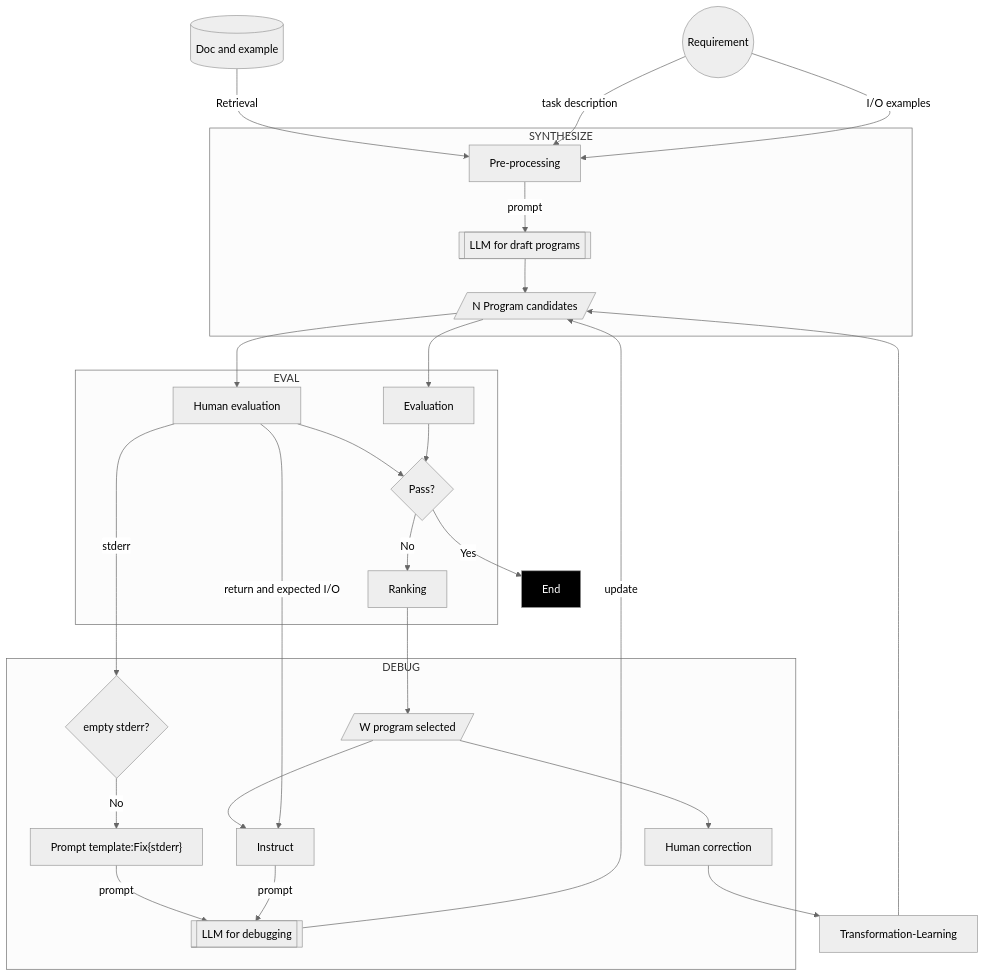
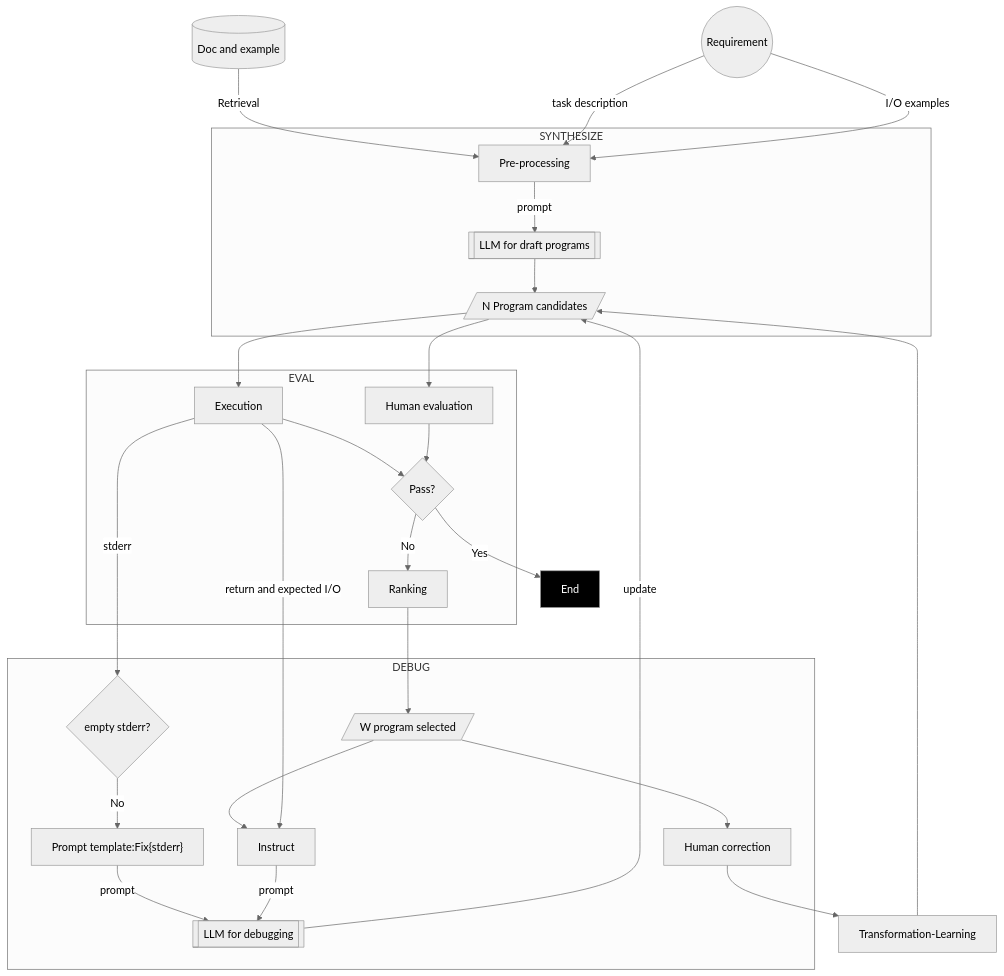
The second of 2 diagrams in Code-Generation.md (AI-LLM/ai-llm.github.io), drawn with Mermaid (neutral theme) before and after one commit.

````diff
--- a/Code-Generation.md
+++ b/Code-Generation.md
@@ -59,32 +59,32 @@
 ```mermaid
 graph TD;
 classDef INV fill:black,color:white;
 doc[(Doc and example)] -- Retrieval --> Pre-processing
 S((Requirement)) -- task description --> Pre-processing
 S -- I/O examples --> Pre-processing
 subgraph SYNTHESIZE
 Pre-processing -- prompt --> LLMsynth[[LLM for draft programs]]
 LLMsynth --> PN[/N Program candidates/]
 end
-PN --> Execution[Human evaluation]
-PN --> Evaluation
+PN --> Execution
+PN --> Evaluation[Human evaluation]
 subgraph EVAL
 Execution --> Suc{Pass?} -- No -->Ranking
 Evaluation --> Suc
 end
 Suc -- Yes --> End
 class End INV;
 Ranking --> PS[/W program selected/]
 subgraph DEBUG
 Execution -- stderr --> err{empty stderr?}
 err -- No --> PT1["Prompt template:Fix{stderr}"] 
 PT1 -- prompt --> LLMdebug
 PS --> Instruct
 Instruct -- prompt --> LLMdebug[[LLM for debugging]]
 PS --> Correction[Human correction]
 end
 Execution -- return and expected I/O --> Instruct
 LLMdebug -- update --> PN
 Correction --> Transformation-Learning
 Transformation-Learning --> PN
 ```
````
